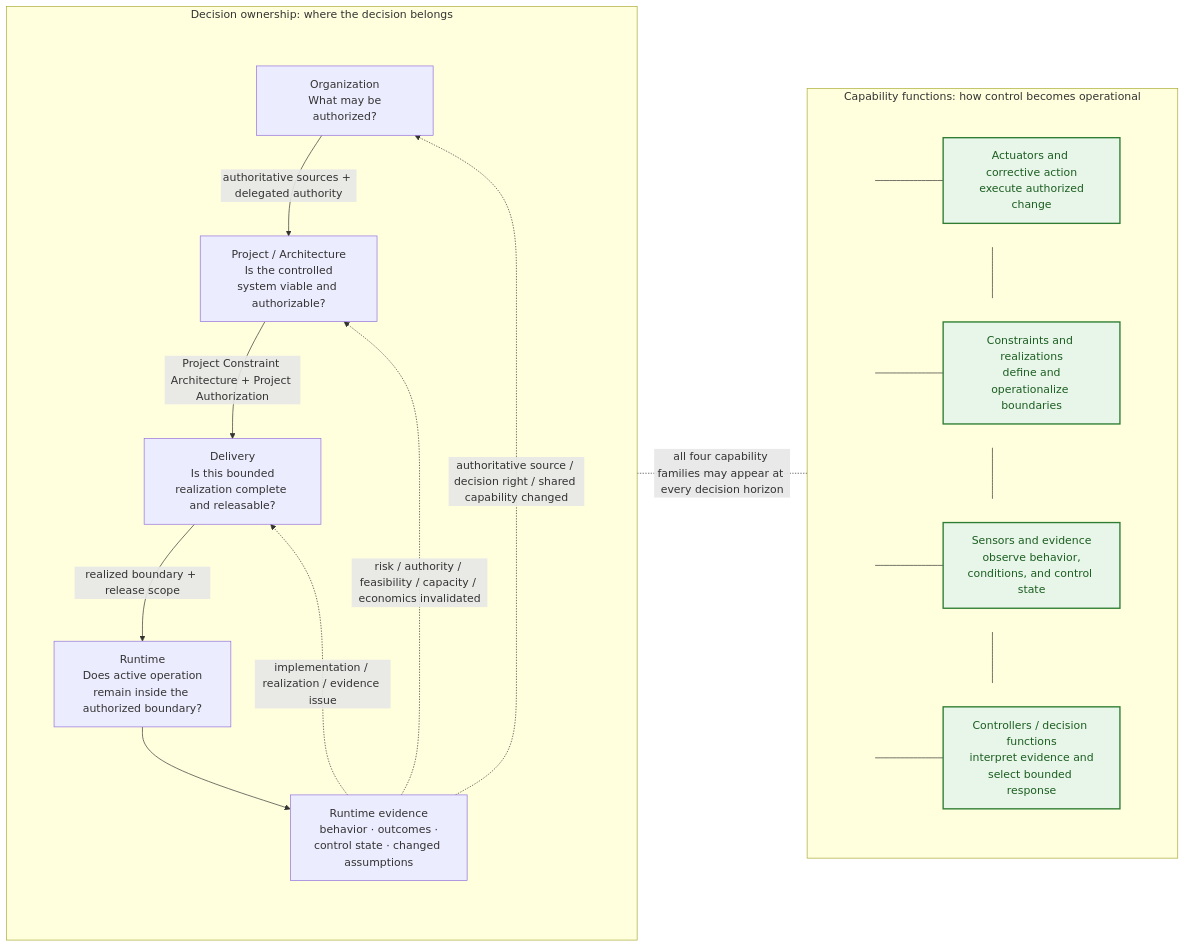
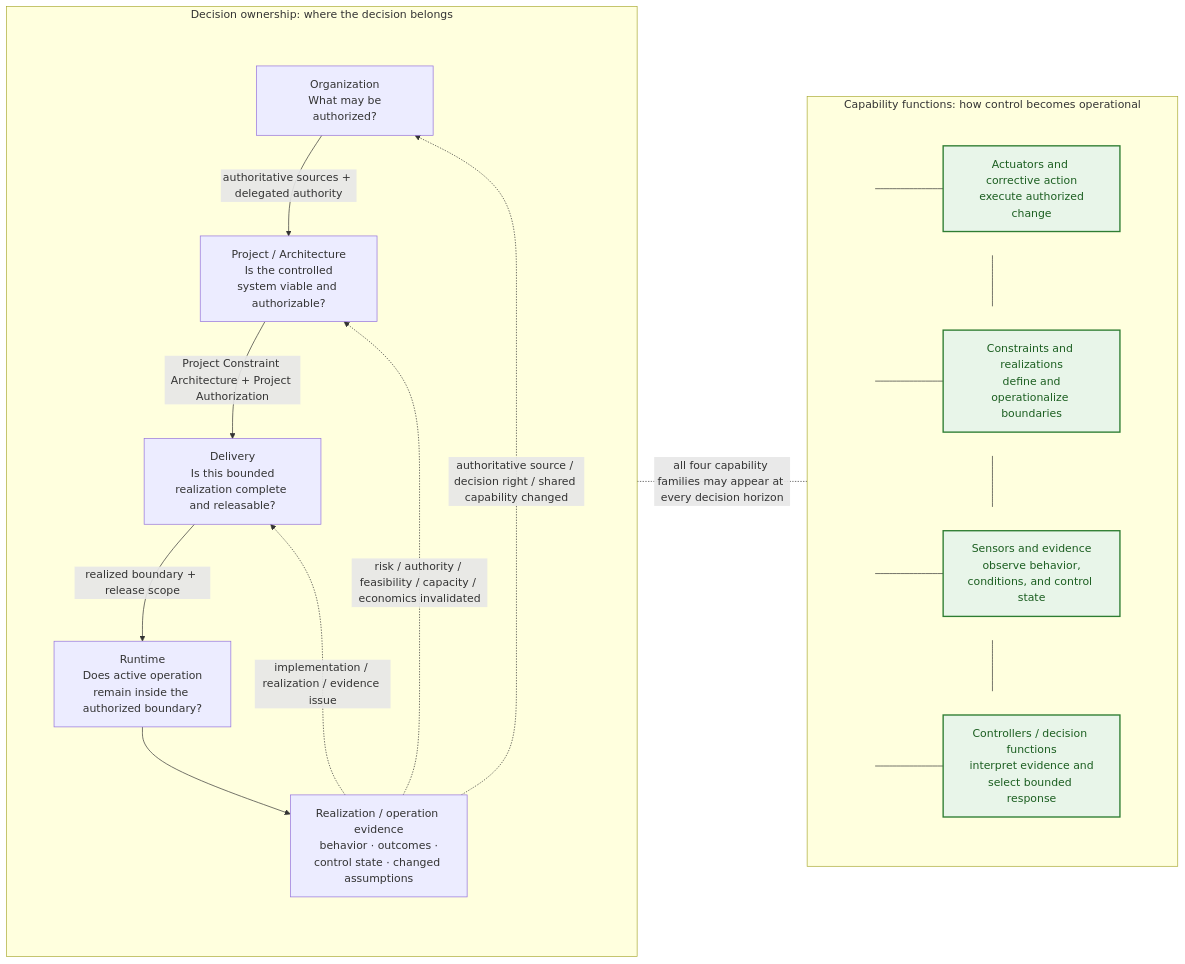
One commit to UncertaintyArchitectureGroup/uncertainty-architecture changed the ninth of 15 diagrams in content/research/notes/open-engineering-specification-article-draft.md. Above: the diagram before and after it, drawn with Mermaid. The commit also changed other lines of this file, not shown here.

Commit message:
docs(research): finish controller and evidence semantic cleanup

````diff
--- a/content/research/notes/open-engineering-specification-article-draft.md
+++ b/content/research/notes/open-engineering-specification-article-draft.md
@@ -512,62 +512,62 @@
 ```mermaid
 flowchart LR
     subgraph L["Decision ownership: where the decision belongs"]
         direction TB
         subgraph SPINE9[" "]
   direction TB
   O["Organization<br/> What may be authorized?"]
   P["Project / Architecture<br/> Is the controlled system viable and authorizable?"]
   D["Delivery<br/> Is this bounded realization complete and releasable?"]
   R["Runtime<br/> Does active operation remain inside the authorized boundary?"]
-  E["Runtime evidence<br/> behavior · outcomes · control state · changed assumptions"]
+  E["Realization / operation evidence<br/> behavior · outcomes · control state · changed assumptions"]
 
   O -->|authoritative sources + delegated authority| P
   P -->|Project Constraint Architecture + Project Authorization| D
   D -->|realized boundary + release scope| R
   R --> E
         end
 
         E -.->|implementation / realization / evidence issue| D
         E -.->|risk / authority / feasibility / capacity / economics invalidated| P
         E -.->|authoritative source / decision right / shared capability changed| O
 
         style SPINE9 fill:none,stroke:none
     end
 
     subgraph F["Capability functions: how control becomes operational"]
         direction TB
 
         subgraph F1[" "]
   direction LR
   J1(( )) --- A["Actuators and corrective action<br/> execute authorized change"]
         end
         subgraph F2[" "]
   direction LR
   J2(( )) --- K["Constraints and realizations<br/> define and operationalize boundaries"]
         end
         subgraph F3[" "]
   direction LR
   J3(( )) --- S["Sensors and evidence<br/> observe behavior, conditions, and control state"]
         end
         subgraph F4[" "]
   direction LR
   J4(( )) --- C["Controllers / decision functions<br/> interpret evidence and select bounded response"]
         end
 
         J1 --- J2
         J2 --- J3
         J3 --- J4
 
         style F1 fill:none,stroke:none
         style F2 fill:none,stroke:none
         style F3 fill:none,stroke:none
         style F4 fill:none,stroke:none
     end
 
     L -. "all four capability families may appear at every decision horizon" .- F
 
     classDef capability fill:#e8f5e9,stroke:#2e7d32,stroke-width:2px,color:#1b5e20;
     classDef railpoint fill:transparent,stroke:transparent,color:transparent;
     class A,K,S,C capability;
     class J1,J2,J3,J4 railpoint;
 ```
````
